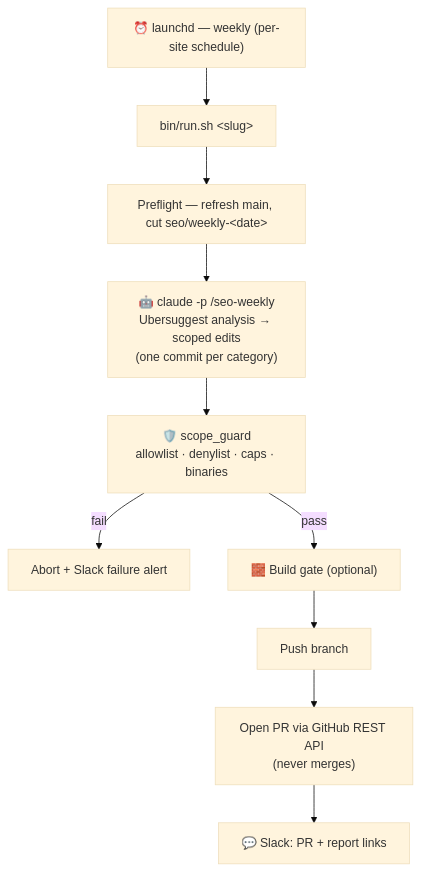
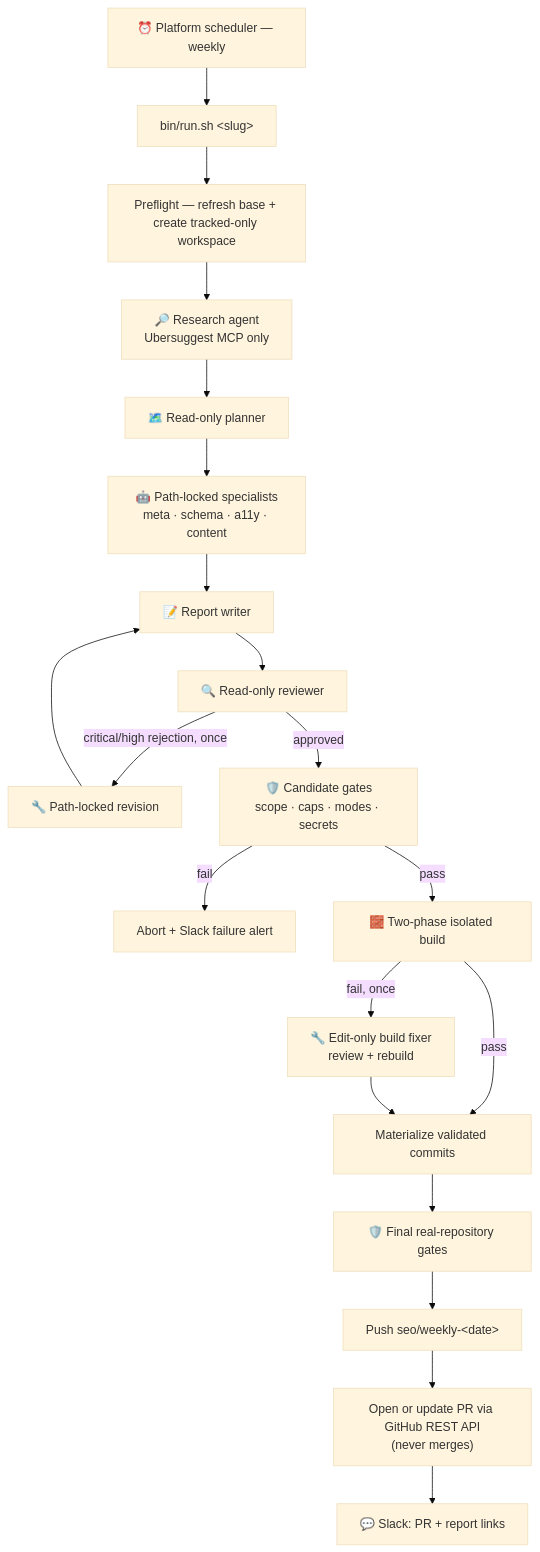
One commit to akhemraj/seo-autopilot changed the diagram in README.md. Above: the diagram before and after it, drawn with Mermaid (base theme). The commit also changed other lines of this file and 1 other file, not shown here.

First line of the commit message:
docs: add quick start, requirements, and an agent-team explainer

````diff
--- a/README.md
+++ b/README.md
@@ -39,12 +93,22 @@
 ```mermaid
 flowchart TD
-    A["⏰ launchd — weekly (per-site schedule)"] --> B["bin/run.sh &lt;slug&gt;"]
-    B --> C["Preflight — refresh main, cut seo/weekly-&lt;date&gt;"]
-    C --> D["🤖 claude -p /seo-weekly<br/>Ubersuggest analysis → scoped edits<br/>(one commit per category)"]
-    D --> E["🛡️ scope_guard<br/>allowlist · denylist · caps · binaries"]
+    A["⏰ Platform scheduler — weekly"] --> B["bin/run.sh &lt;slug&gt;"]
+    B --> C["Preflight — refresh base + create tracked-only workspace"]
+    C --> D["🔎 Research agent<br/>Ubersuggest MCP only"]
+    D --> P["🗺️ Read-only planner"]
+    P --> W["🤖 Path-locked specialists<br/>meta · schema · a11y · content"]
+    W --> T["📝 Report writer"]
+    T --> R["🔍 Read-only reviewer"]
+    R -->|critical/high rejection, once| V["🔧 Path-locked revision"]
+    V --> T
+    R -->|approved| E["🛡️ Candidate gates<br/>scope · caps · modes · secrets"]
     E -->|fail| X["Abort + Slack failure alert"]
-    E -->|pass| F["🧱 Build gate (optional)"]
-    F --> G["Push branch"]
-    G --> H["Open PR via GitHub REST API<br/>(never merges)"]
+    E -->|pass| F["🧱 Two-phase isolated build"]
+    F -->|fail, once| Z["🔧 Edit-only build fixer<br/>review + rebuild"]
+    F -->|pass| M["Materialize validated commits"]
+    Z --> M
+    M --> Q["🛡️ Final real-repository gates"]
+    Q --> G["Push seo/weekly-&lt;date&gt;"]
+    G --> H["Open or update PR via GitHub REST API<br/>(never merges)"]
     H --> I["💬 Slack: PR + report links"]
 ```
````
